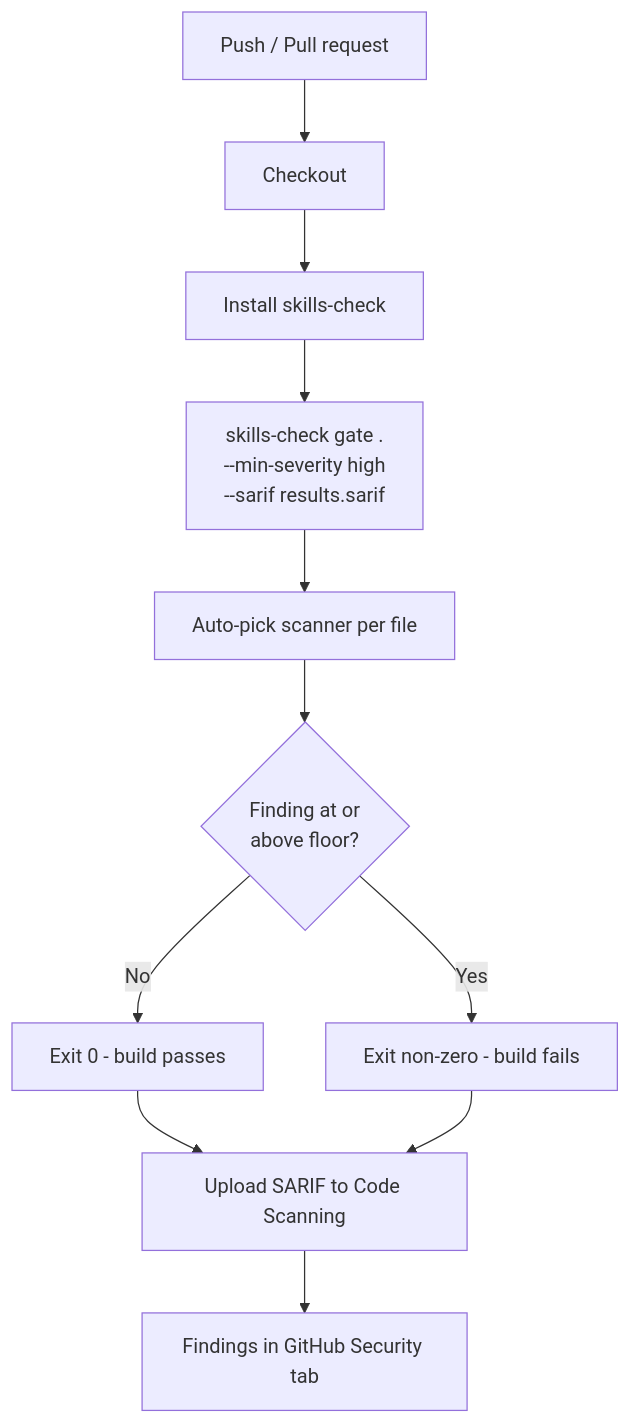
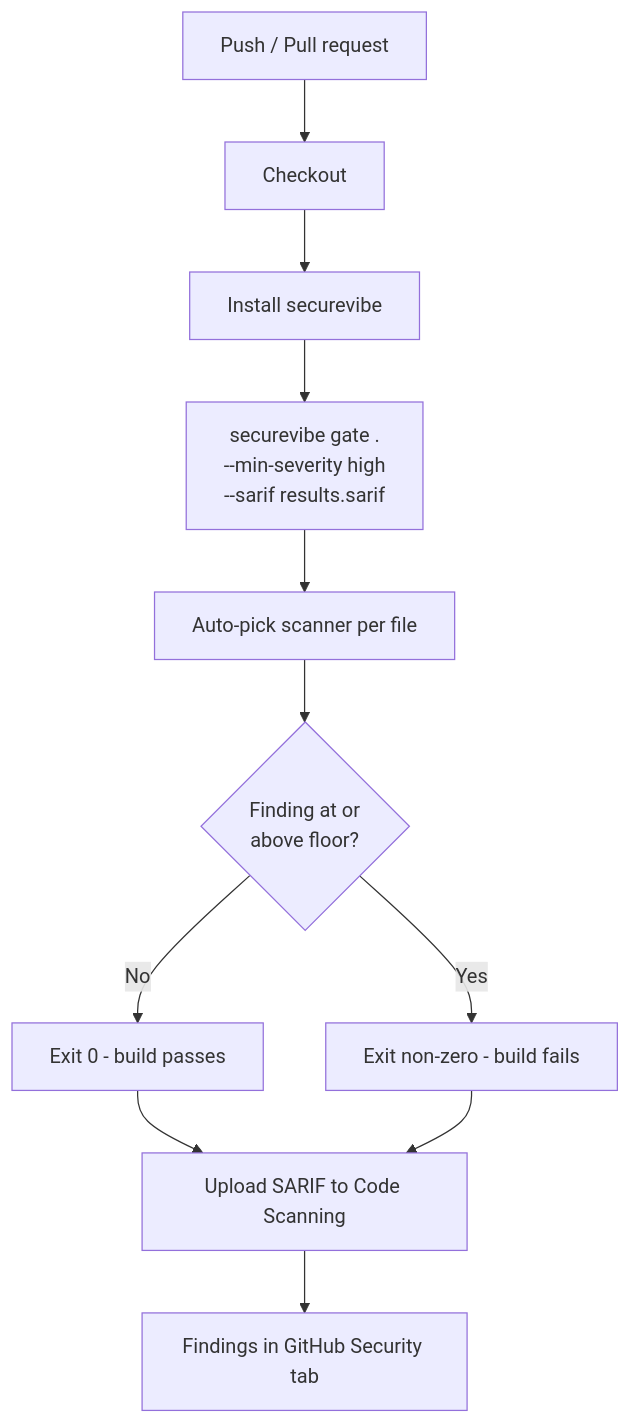
One commit to ShieldNet-360/securevibe changed the first of 3 diagrams in docs/guides/devops.md. Above: the diagram before and after it, drawn with Mermaid. The commit also changed other lines of this file and 4 other files, not shown here.

First line of the commit message:
docs(guides): consistent naming — skills-check->securevibe, skills-mcp->securevibe mcp, install->npm

````diff
--- a/docs/guides/devops.md
+++ b/docs/guides/devops.md
@@ -71,13 +71,13 @@
 ```mermaid
 flowchart TD
     A[Push / Pull request] --> B[Checkout]
-    B --> C[Install skills-check]
-    C --> D["skills-check gate .<br/>--min-severity high<br/>--sarif results.sarif"]
+    B --> C[Install securevibe]
+    C --> D["securevibe gate .<br/>--min-severity high<br/>--sarif results.sarif"]
     D --> E[Auto-pick scanner per file]
     E --> F{Finding at or<br/>above floor?}
     F -- No --> G[Exit 0 - build passes]
     F -- Yes --> H[Exit non-zero - build fails]
     G --> I[Upload SARIF to Code Scanning]
     H --> I
     I --> J[Findings in GitHub Security tab]
 ```
````
